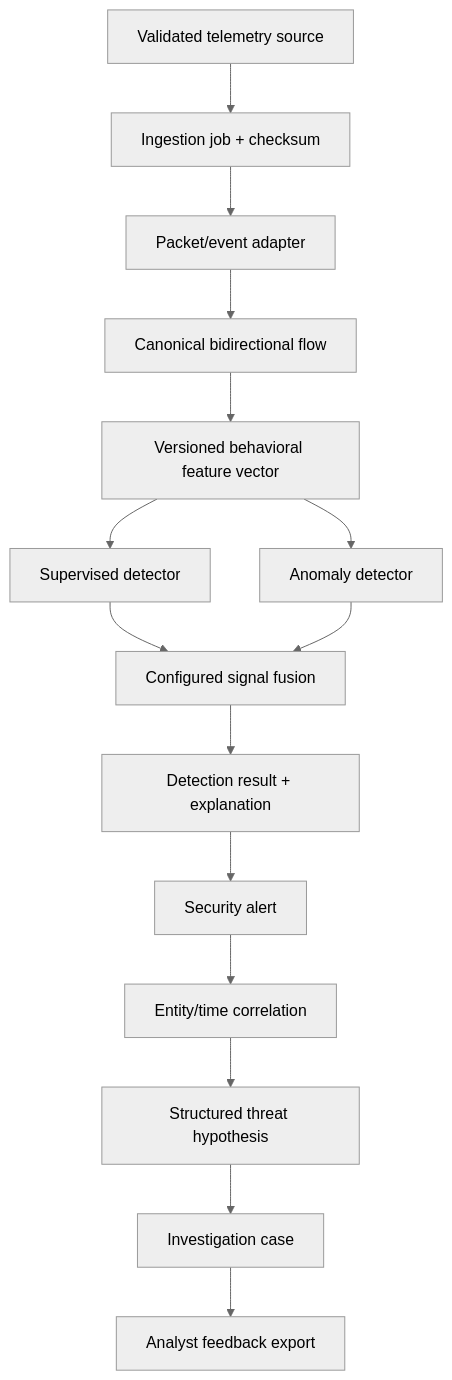
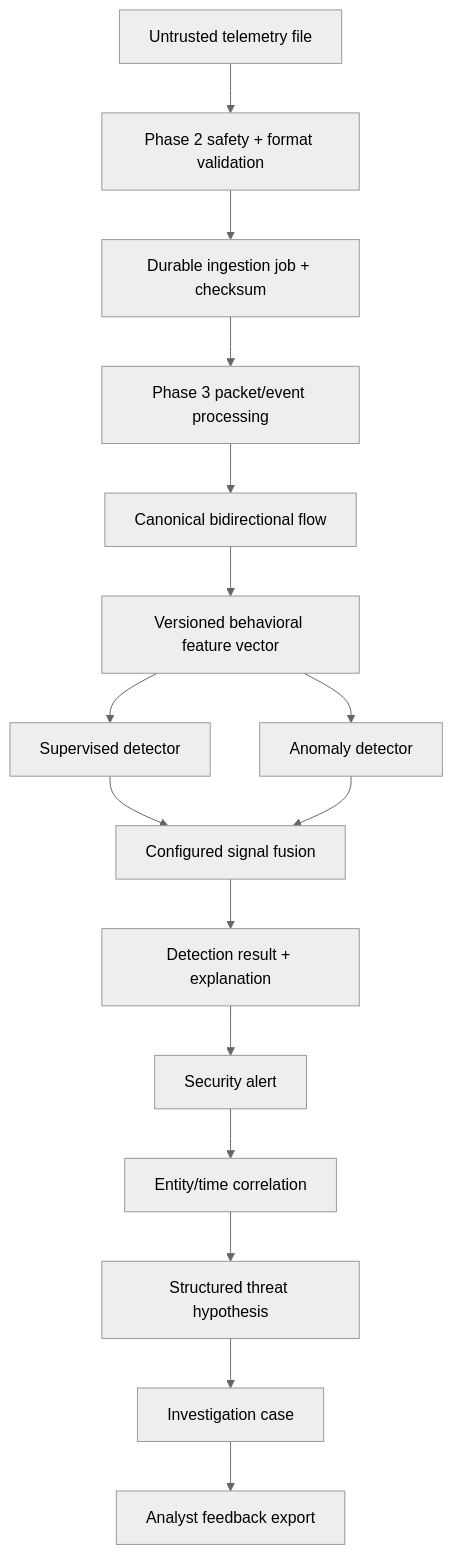
One commit to SaXingrui-UM/aegishunt changed the second of 3 diagrams in docs/architecture.md. Above: the diagram before and after it, drawn with Mermaid (neutral theme). The commit also changed other lines of this file and 45 other files, not shown here.

First line of the commit message:
[Phase 02] Telemetry ingestion framework (#5)

````diff
--- a/docs/architecture.md
+++ b/docs/architecture.md
@@ -55,17 +54,18 @@
 ```mermaid
 flowchart TD
-    Input["Validated telemetry source"] --> Job["Ingestion job + checksum"]
-    Job --> Packet["Packet/event adapter"]
+    Input["Untrusted telemetry file"] --> Boundary["Phase 2 safety + format validation"]
+    Boundary --> Job["Durable ingestion job + checksum"]
+    Job --> Packet["Phase 3 packet/event processing"]
     Packet --> Flow["Canonical bidirectional flow"]
     Flow --> Feature["Versioned behavioral feature vector"]
     Feature --> Supervised["Supervised detector"]
     Feature --> Anomaly["Anomaly detector"]
     Supervised --> Fusion["Configured signal fusion"]
     Anomaly --> Fusion
     Fusion --> Detection["Detection result + explanation"]
     Detection --> Alert["Security alert"]
     Alert --> Correlation["Entity/time correlation"]
     Correlation --> Hypothesis["Structured threat hypothesis"]
     Hypothesis --> Case["Investigation case"]
     Case --> Feedback["Analyst feedback export"]
 ```
````
